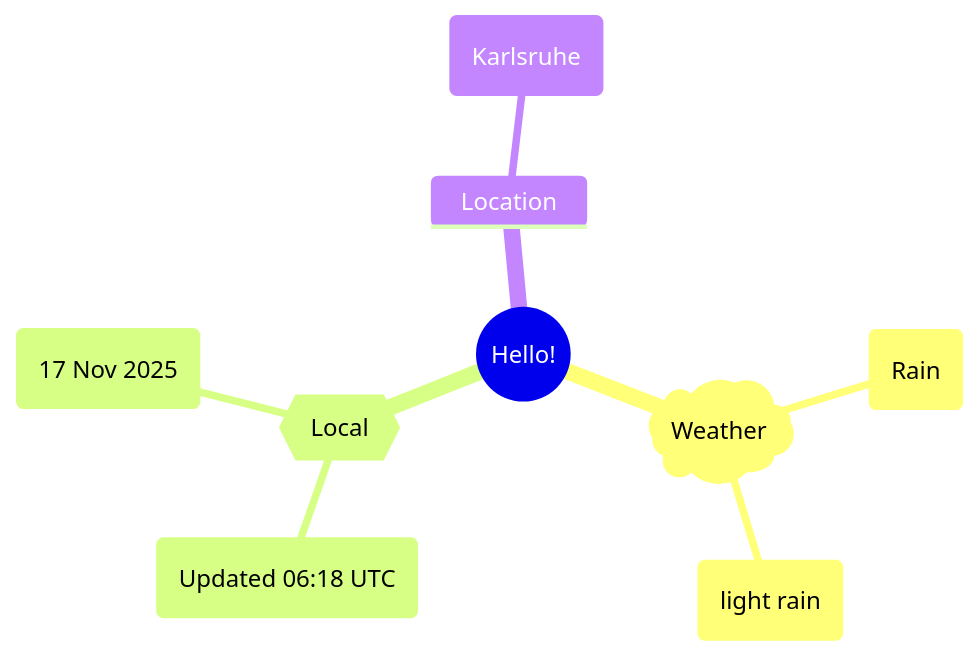
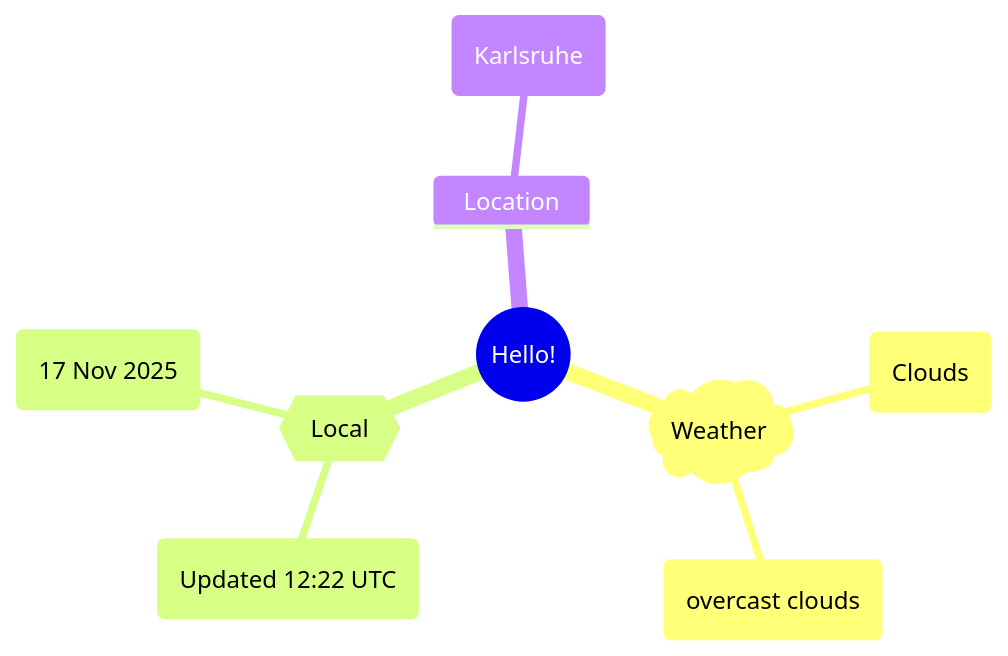
Before and after one commit to Xosrov/Xosrov: the first of 2 diagrams in README.md, drawn with Mermaid.

Commit message:
[bot] updated images

````diff
--- a/README.md
+++ b/README.md
@@ -3,12 +3,12 @@
 ```mermaid
 mindmap
   root((Hello!))
     )Weather(
-        (Rain)
-        (light rain)
+        (Clouds)
+        (overcast clouds)
     {{Local}}
-        (Updated 06:18 UTC)
+        (Updated 12:22 UTC)
         (17 Nov 2025)
     Location
         (Karlsruhe)
 ```
````
